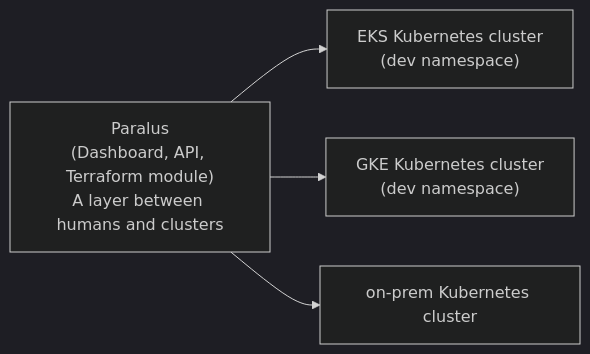
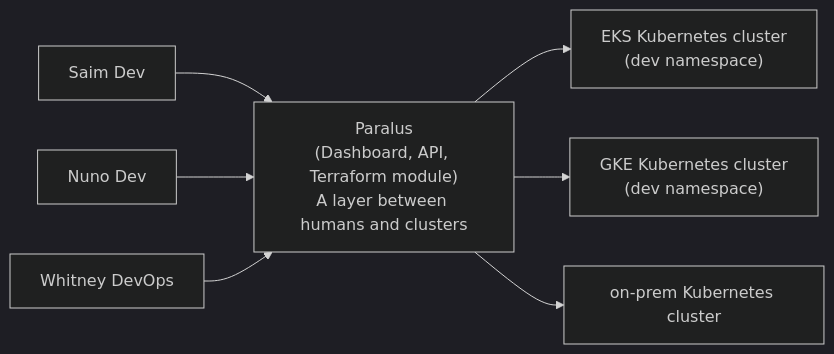
The second of 2 diagrams in thunder/ep24-paralus/notes.md (wiggitywhitney/board-notes), drawn with Mermaid (dark theme) before and after one commit. The commit also changed other lines of this file, not shown here.

Commit message:
fix: update After Paralus diagram to show people pointing at Paralus

````diff
--- a/thunder/ep24-paralus/notes.md
+++ b/thunder/ep24-paralus/notes.md
@@ -52,10 +46,16 @@
 ```mermaid
 flowchart LR
+  Saim["Saim Dev"]
+  Nuno["Nuno Dev"]
+  Whitney["Whitney DevOps"]
   P["Paralus\n(Dashboard, API, Terraform module)\nA layer between humans and clusters"]
   EKS["EKS Kubernetes cluster\n(dev namespace)"]
   GKE["GKE Kubernetes cluster\n(dev namespace)"]
   OP["on-prem Kubernetes cluster"]
+  Saim --> P
+  Nuno --> P
+  Whitney --> P
   P --> EKS
   P --> GKE
   P --> OP
 ```
````
